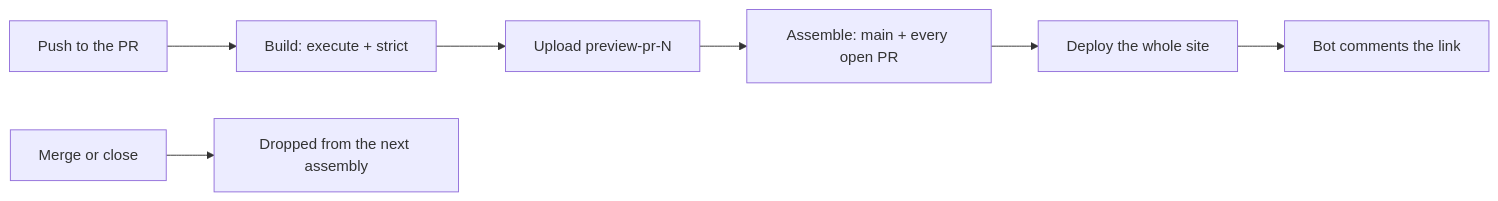
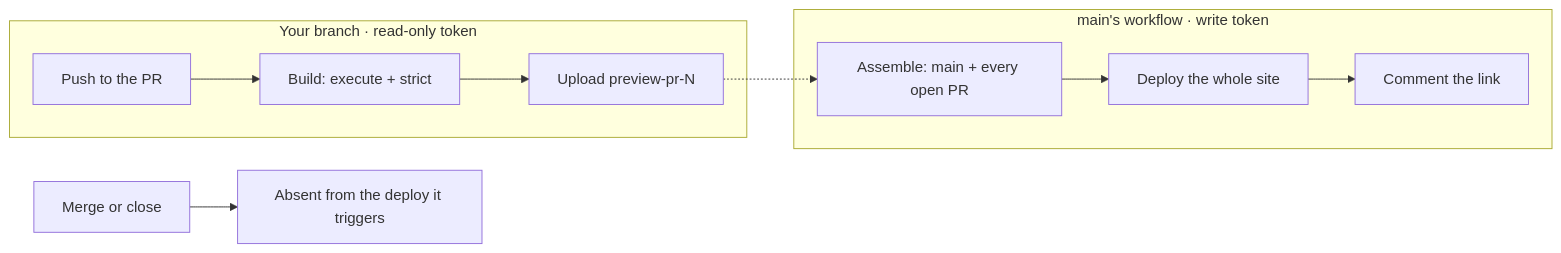
One commit to andrewendlinger/xmris changed the diagram in docs/contribute/pull_requests.md. Above: the diagram before and after it, drawn with Mermaid. The commit also changed other lines of this file and 4 other files, not shown here.

````diff
--- a/docs/contribute/pull_requests.md
+++ b/docs/contribute/pull_requests.md
@@ -109,10 +110,14 @@
 ```{mermaid}
 %%{init: {'flowchart': {'htmlLabels': false}}}%%
 flowchart LR
-    P["Push to the PR"] --> B["Build: execute + strict"]
-    B --> U["Upload preview-pr-N"]
-    U --> A["Assemble: main + every open PR"]
-    A --> D["Deploy the whole site"]
-    D --> C["Bot comments the link"]
-    M["Merge or close"] --> X["Dropped from the next assembly"]
+    subgraph Y["Your branch · read-only token"]
+        P["Push to the PR"] --> B["Build: execute + strict"]
+        B --> U["Upload preview-pr-N"]
+    end
+    subgraph N["main's workflow · write token"]
+        A["Assemble: main + every open PR"] --> D["Deploy the whole site"]
+        D --> C["Comment the link"]
+    end
+    U -.-> A
+    M["Merge or close"] --> X["Absent from the deploy it triggers"]
 ```
````
